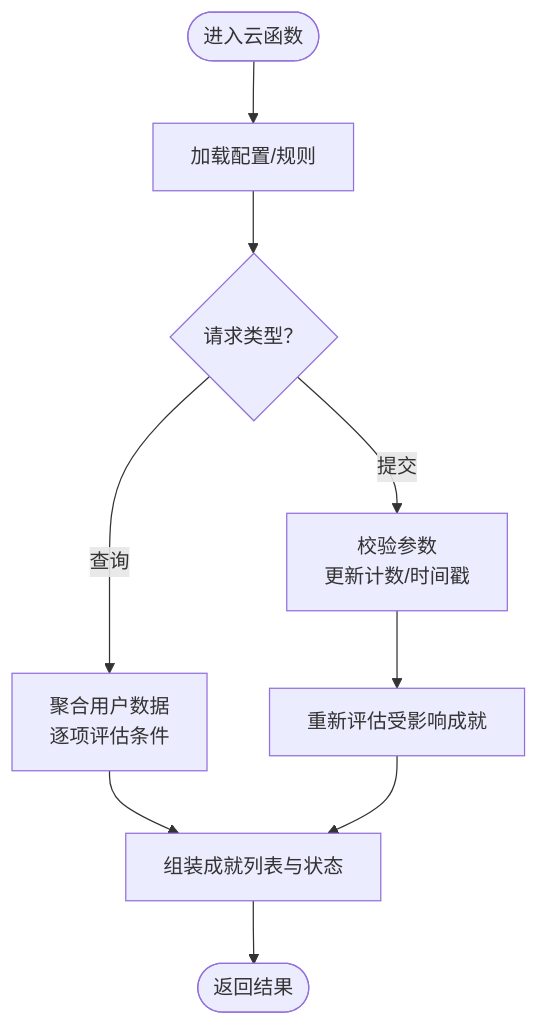
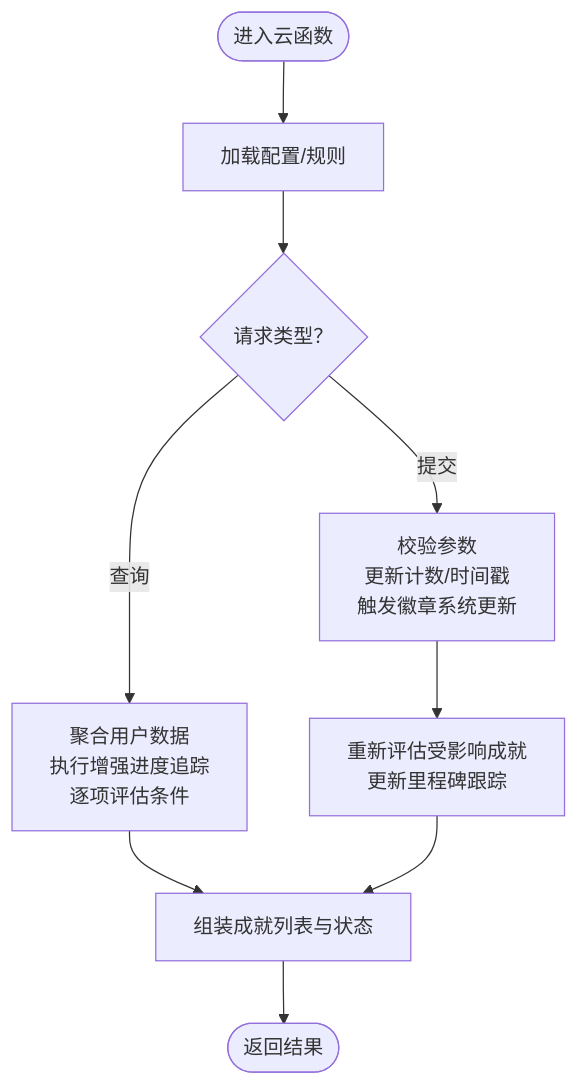
One commit to cwb7756/bio changed the third of 5 diagrams in .qoder/repowiki/zh/content/核心功能模块/成就系统.md. Above: the diagram before and after it, drawn with Mermaid. The commit also changed other lines of this file and 46 other files, not shown here.

````diff
--- a/.qoder/repowiki/zh/content/核心功能模块/成就系统.md
+++ b/.qoder/repowiki/zh/content/核心功能模块/成就系统.md
@@ -125,11 +139,11 @@
 ```mermaid
 flowchart TD
 Start(["进入云函数"]) --> LoadCfg["加载配置/规则"]
 LoadCfg --> Route{"请求类型？"}
-Route --> |查询| Query["聚合用户数据<br/>逐项评估条件"]
-Route --> |提交| Submit["校验参数<br/>更新计数/时间戳"]
+Route --> |查询| Query["聚合用户数据<br/>执行增强进度追踪<br/>逐项评估条件"]
+Route --> |提交| Submit["校验参数<br/>更新计数/时间戳<br/>触发徽章系统更新"]
 Query --> BuildResp["组装成就列表与状态"]
-Submit --> ReEval["重新评估受影响成就"]
+Submit --> ReEval["重新评估受影响成就<br/>更新里程碑跟踪"]
 ReEval --> BuildResp
 BuildResp --> End(["返回结果"])
 ```
````
